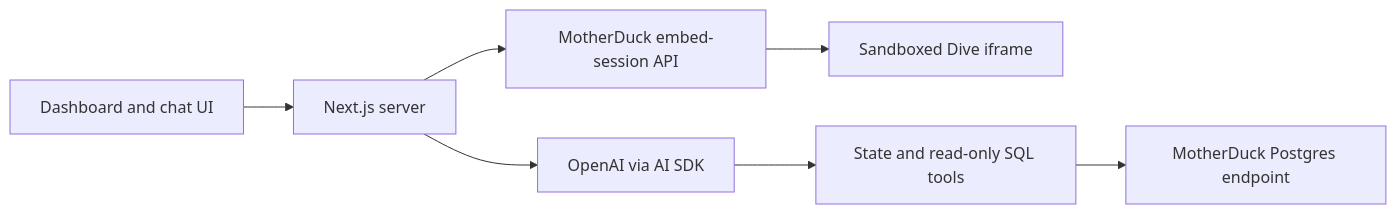
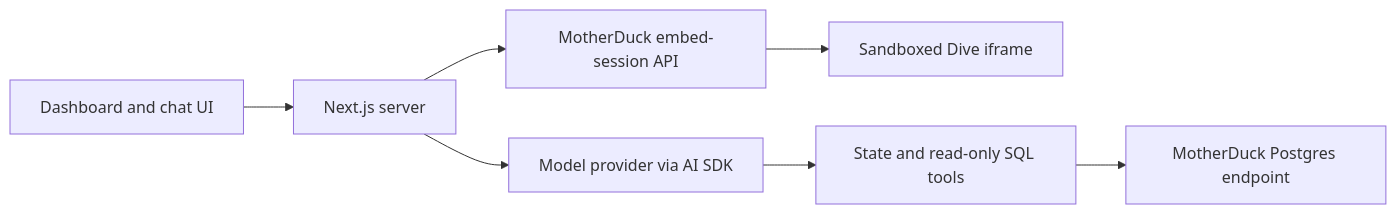
Before and after one commit to leonardovida/motherduck-dive-ai-chat-starter: the diagram in README.md, drawn with Mermaid. The commit also changed other lines of this file and 112 other files, not shown here.

````diff
--- a/README.md
+++ b/README.md
@@ -213,9 +215,9 @@
 ```mermaid
 flowchart LR
   Browser[Dashboard and chat UI] --> App[Next.js server]
   App --> Session[MotherDuck embed-session API]
   Session --> Frame[Sandboxed Dive iframe]
-  App --> Model[OpenAI via AI SDK]
+  App --> Model[Model provider via AI SDK]
   Model --> Tools[State and read-only SQL tools]
   Tools --> Data[MotherDuck Postgres endpoint]
 ```
````
